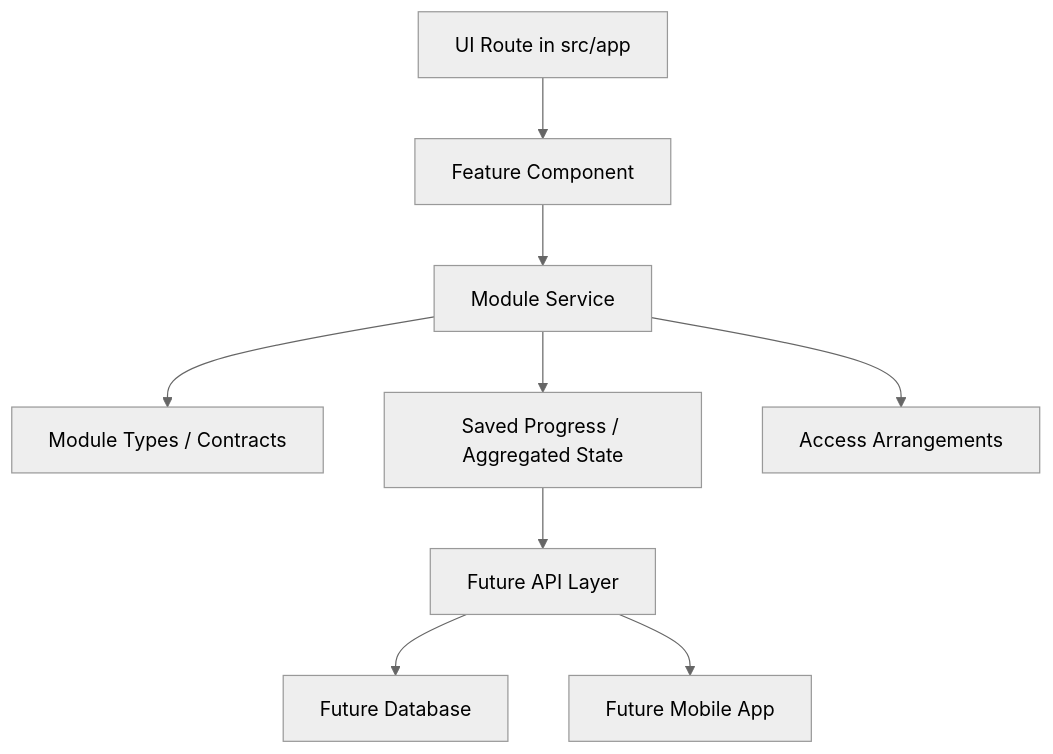
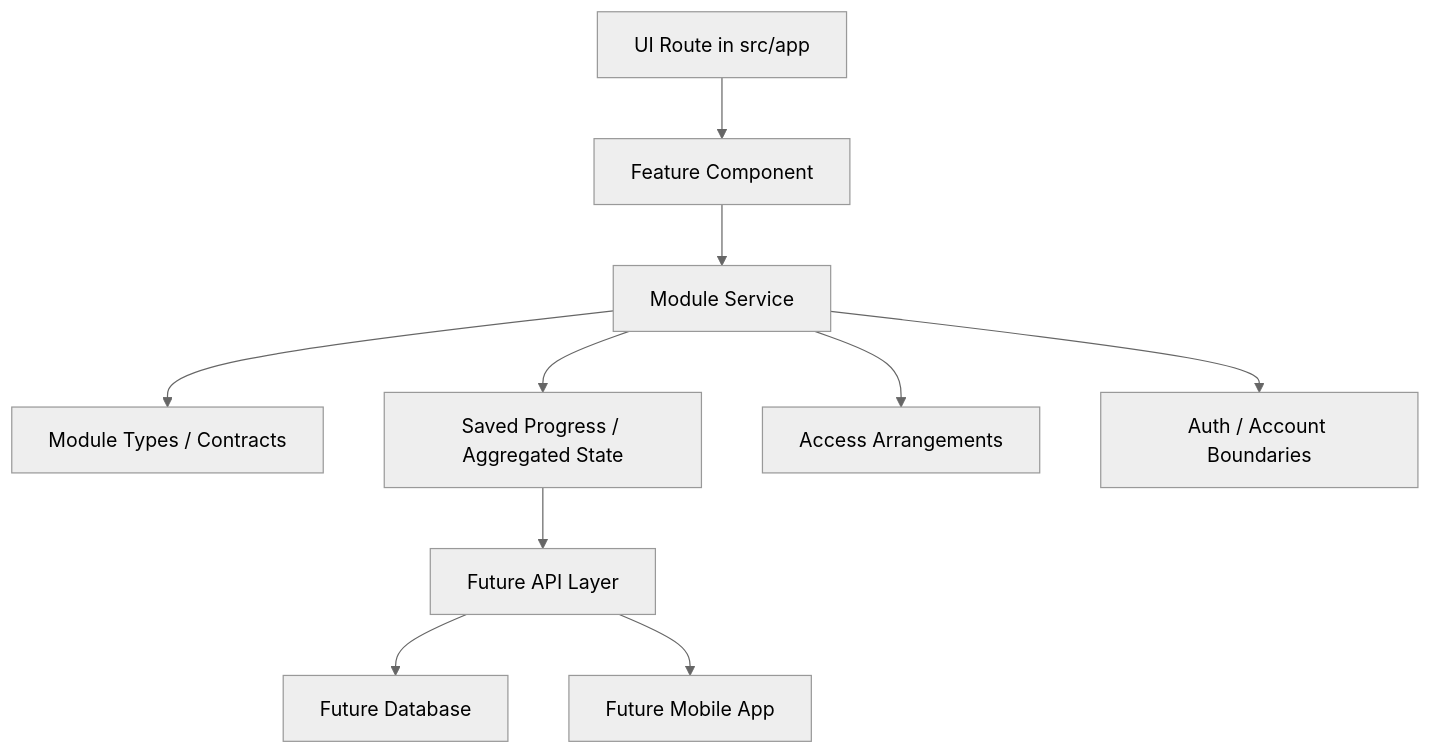
Before and after one commit to tech-fresh/the-switch-platform: the second of 9 diagrams in README.md, drawn with Mermaid (neutral theme). The commit also changed other lines of this file and 53 other files, not shown here.

Commit message:
Expand MVP architecture and content sourcing

````diff
--- a/README.md
+++ b/README.md
@@ -90,11 +98,12 @@
 ```mermaid
 flowchart TD
     A["UI Route in src/app"] --> B["Feature Component"]
     B --> C["Module Service"]
     C --> D["Module Types / Contracts"]
     C --> E["Saved Progress / Aggregated State"]
     C --> F["Access Arrangements"]
+    C --> J["Auth / Account Boundaries"]
     E --> G["Future API Layer"]
     G --> H["Future Database"]
     G --> I["Future Mobile App"]
 ```
````
